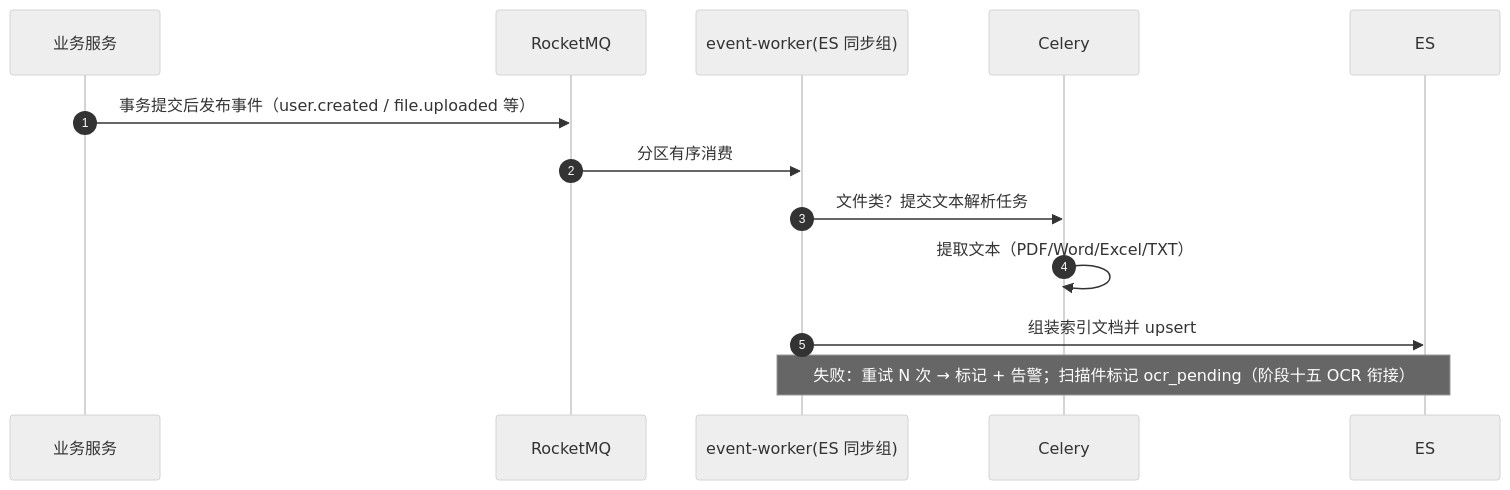
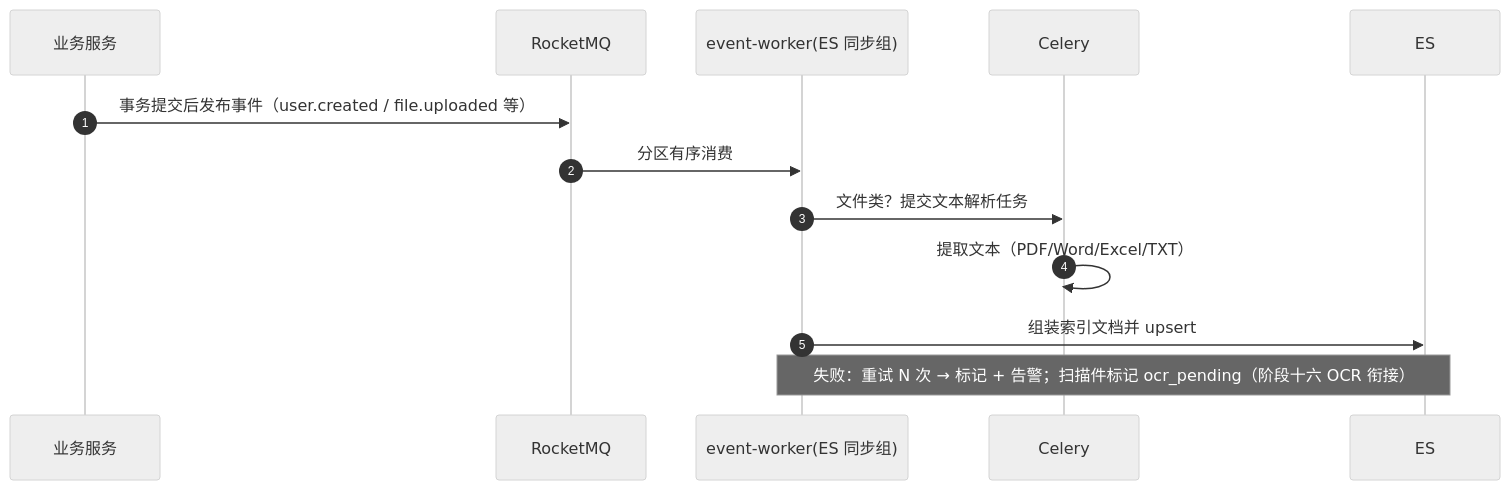
One commit to minjian123/basic-management-system changed the first of 2 diagrams in bms文档/设计/概要设计/33_概要设计_全文检索.md. Above: the diagram before and after it, drawn with Mermaid (neutral theme). The commit also changed other lines of this file and 122 other files, not shown here.

````diff
--- a/bms文档/设计/概要设计/33_概要设计_全文检索.md
+++ b/bms文档/设计/概要设计/33_概要设计_全文检索.md
@@ -80,16 +80,16 @@
 ```mermaid
 sequenceDiagram
     autonumber
     participant 业务 as 业务服务
     participant MQ as RocketMQ
     participant worker as event-worker(ES 同步组)
     participant Celery
     participant ES
 
     业务->>MQ: 事务提交后发布事件（user.created / file.uploaded 等）
     MQ->>worker: 分区有序消费
     worker->>Celery: 文件类？提交文本解析任务
     Celery->>Celery: 提取文本（PDF/Word/Excel/TXT）
     worker->>ES: 组装索引文档并 upsert
-    Note over worker, ES: 失败：重试 N 次 → 标记 + 告警；扫描件标记 ocr_pending（阶段十五 OCR 衔接）
+    Note over worker, ES: 失败：重试 N 次 → 标记 + 告警；扫描件标记 ocr_pending（阶段十六 OCR 衔接）
 ```
````
